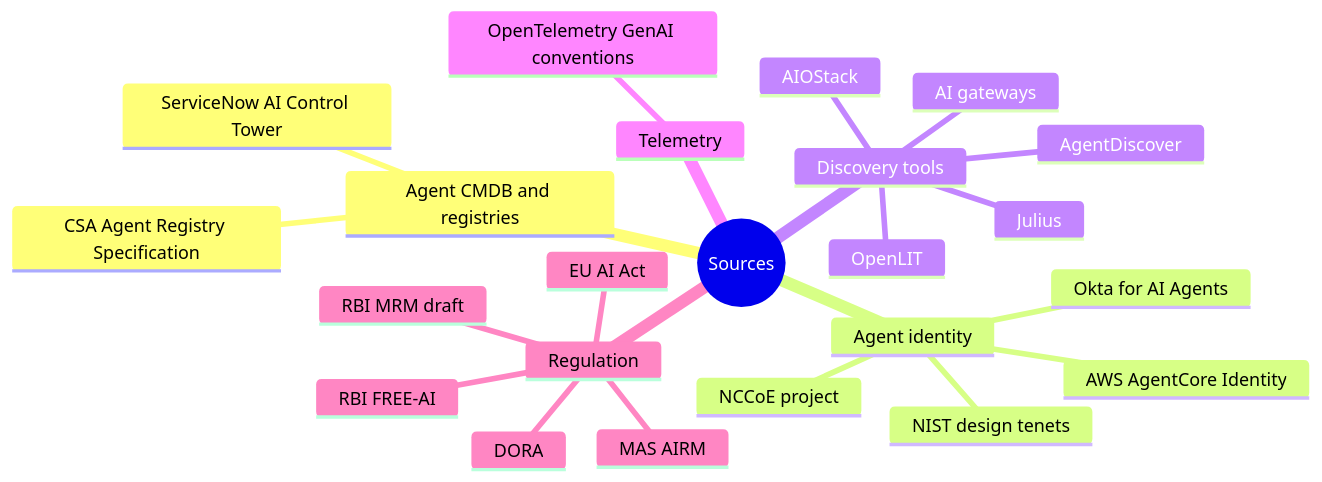
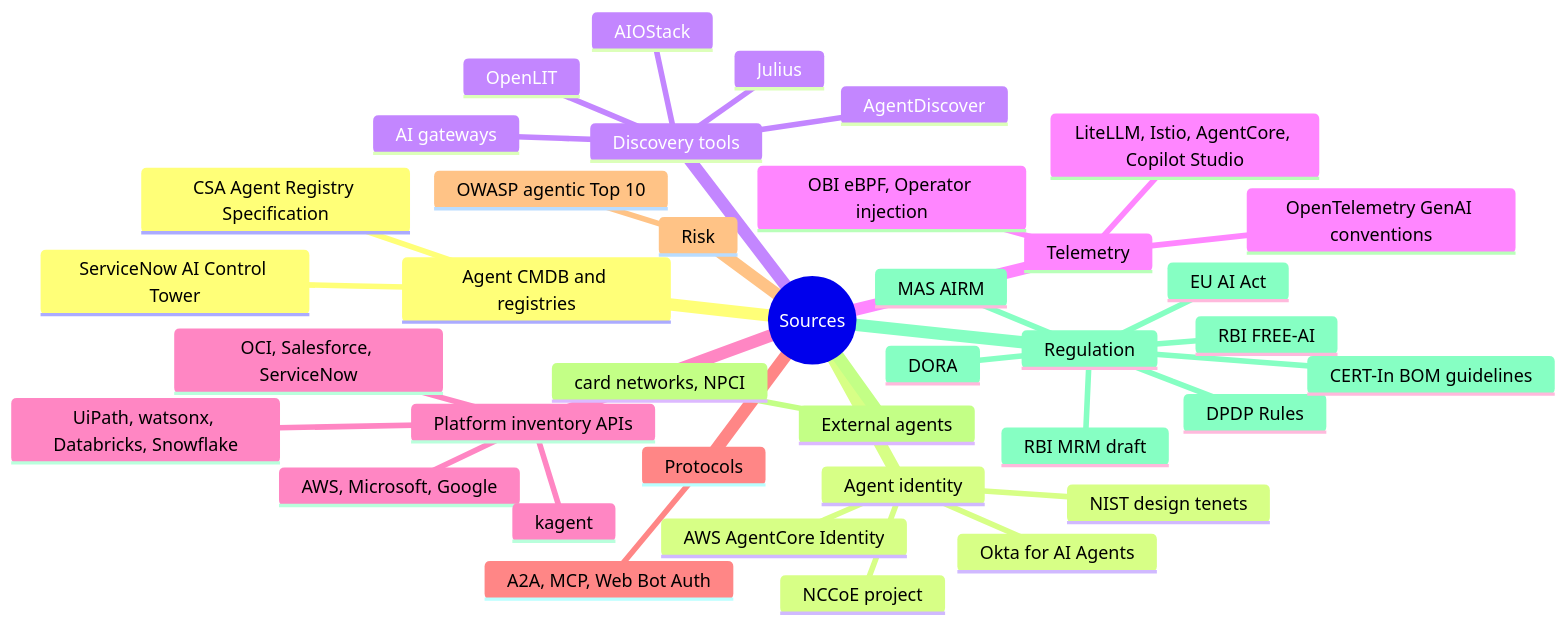
The diagram in docs/references.md (r0hitpilla/Agentic-AI), drawn with Mermaid before and after one commit. The commit also changed other lines of this file and 31 other files, not shown here.

First line of the commit message:
Complete the agent inventory research and add the knowledge base

````diff
--- a/docs/references.md
+++ b/docs/references.md
@@ -5,26 +5,41 @@
 ```mermaid
 mindmap
   root((Sources))
     Agent CMDB and registries
       ServiceNow AI Control Tower
       CSA Agent Registry Specification
     Agent identity
       NIST design tenets
       NCCoE project
       AWS AgentCore Identity
       Okta for AI Agents
     Discovery tools
       AgentDiscover
       OpenLIT
       AIOStack
       Julius
       AI gateways
     Telemetry
       OpenTelemetry GenAI conventions
+      OBI eBPF, Operator injection
+      LiteLLM, Istio, AgentCore, Copilot Studio
+    Platform inventory APIs
+      AWS, Microsoft, Google
+      OCI, Salesforce, ServiceNow
+      UiPath, watsonx, Databricks, Snowflake
+      kagent
+    Protocols
+      A2A, MCP, Web Bot Auth
+    Risk
+      OWASP agentic Top 10
+    External agents
+      card networks, NPCI
     Regulation
       RBI FREE-AI
       RBI MRM draft
       MAS AIRM
       EU AI Act
       DORA
+      DPDP Rules
+      CERT-In BOM guidelines
 ```
````
